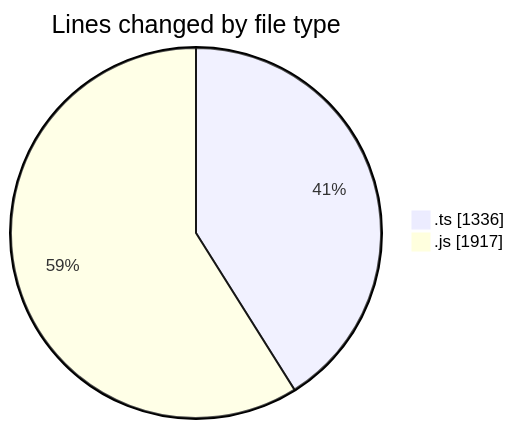
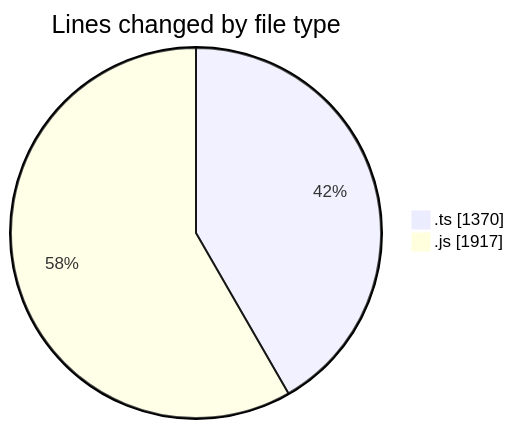
Before and after one commit to momahboobian/code-tracking: the first of 2 diagrams in 2025-07-29/cda/README.md, drawn with Mermaid. The commit also changed other lines of this file and 1 other file, not shown here.

````diff
--- a/2025-07-29/cda/README.md
+++ b/2025-07-29/cda/README.md
@@ -23,6 +23,6 @@
 ```mermaid
 pie showData
 title Lines changed by file type
-".ts" : 1336
+".ts" : 1370
 ".js" : 1917
 ```
````
